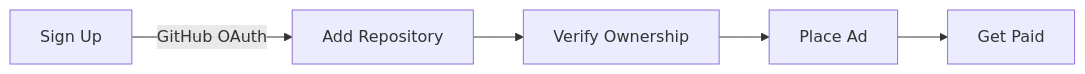
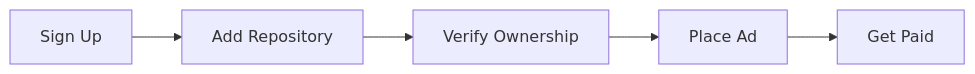
One commit to zaidbinmushtaq/gd changed the diagram in docs/getting-started/publishers.md. Above: the diagram before and after it, drawn with Mermaid. The commit also changed other lines of this file, not shown here.

````diff
--- a/docs/getting-started/publishers.md
+++ b/docs/getting-started/publishers.md
@@ -11,7 +11,7 @@
 ```mermaid
 graph LR
-    A[Sign Up] -->|GitHub OAuth| B[Add Repository]
+    A[Sign Up] --> B[Add Repository]
     B --> C[Verify Ownership]
     C --> D[Place Ad]
     D --> E[Get Paid]
 ```
````
